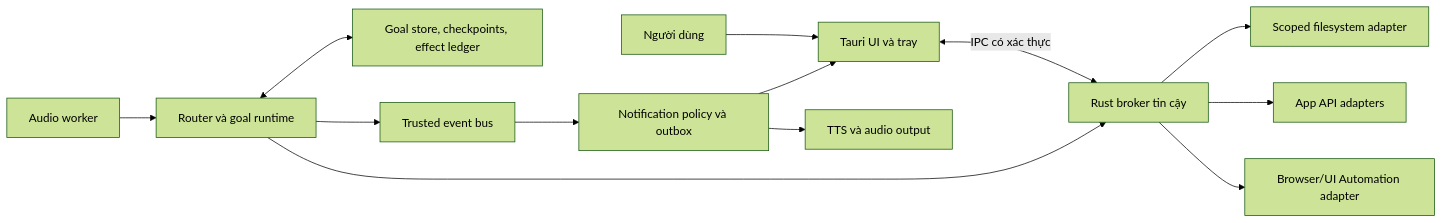
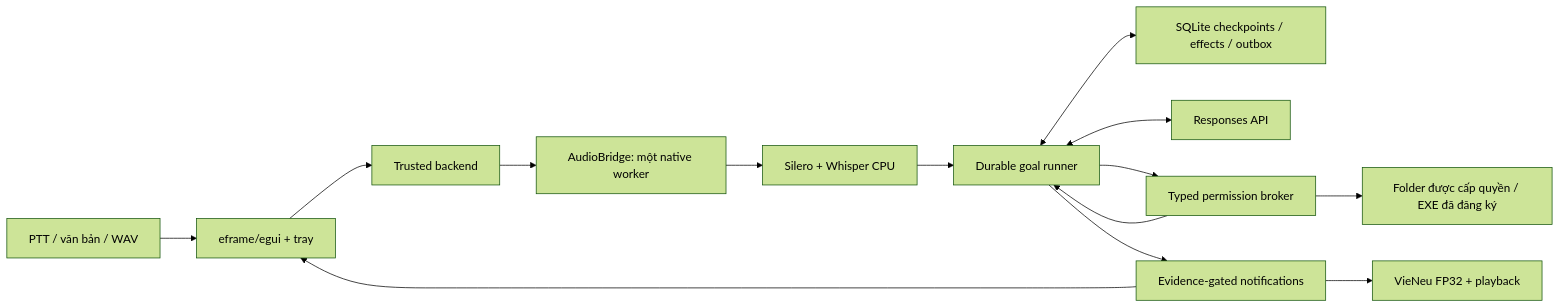
One commit to dakiemdarktharr/NoSleepClub_zalo_hacks changed the first of 2 diagrams in docs/architecture.md. Above: the diagram before and after it, drawn with Mermaid (forest theme). The commit also changed other lines of this file and 98 other files, not shown here.

````diff
--- a/docs/architecture.md
+++ b/docs/architecture.md
@@ -9,15 +7,16 @@
 ```mermaid
 flowchart LR
-    U[Người dùng] --> UI[Tauri UI và tray]
-    UI <-->|IPC có xác thực| B[Rust broker tin cậy]
-    A[Audio worker] --> R[Router và goal runtime]
-    R --> B
-    B --> FS[Scoped filesystem adapter]
-    B --> APP[App API adapters]
-    B --> UA[Browser/UI Automation adapter]
-    R <--> DB[Goal store, checkpoints, effect ledger]
-    R --> EV[Trusted event bus]
-    EV --> NP[Notification policy và outbox]
-    NP --> UI
-    NP --> TTS[TTS và audio output]
+    U[PTT / văn bản / WAV] --> UI[eframe/egui + tray]
+    UI --> B[Trusted backend]
+    B --> A[AudioBridge: một native worker]
+    A --> ASR[Silero + Whisper CPU]
+    ASR --> G[Durable goal runner]
+    G <--> S[SQLite checkpoints / effects / outbox]
+    G <--> L[Responses API]
+    G --> P[Typed permission broker]
+    P --> F[Folder được cấp quyền / EXE đã đăng ký]
+    P --> G
+    G --> N[Evidence-gated notifications]
+    N --> UI
+    N --> T[VieNeu FP32 + playback]
 ```
````
